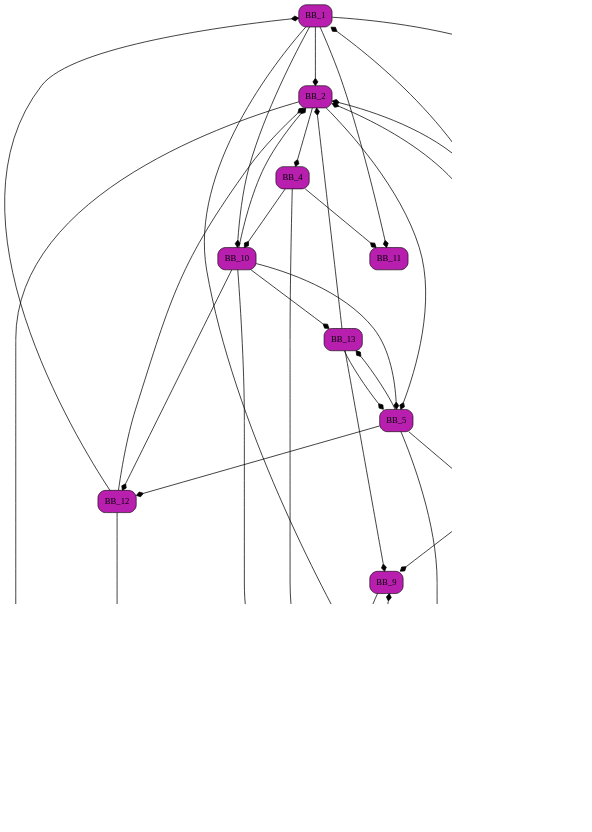
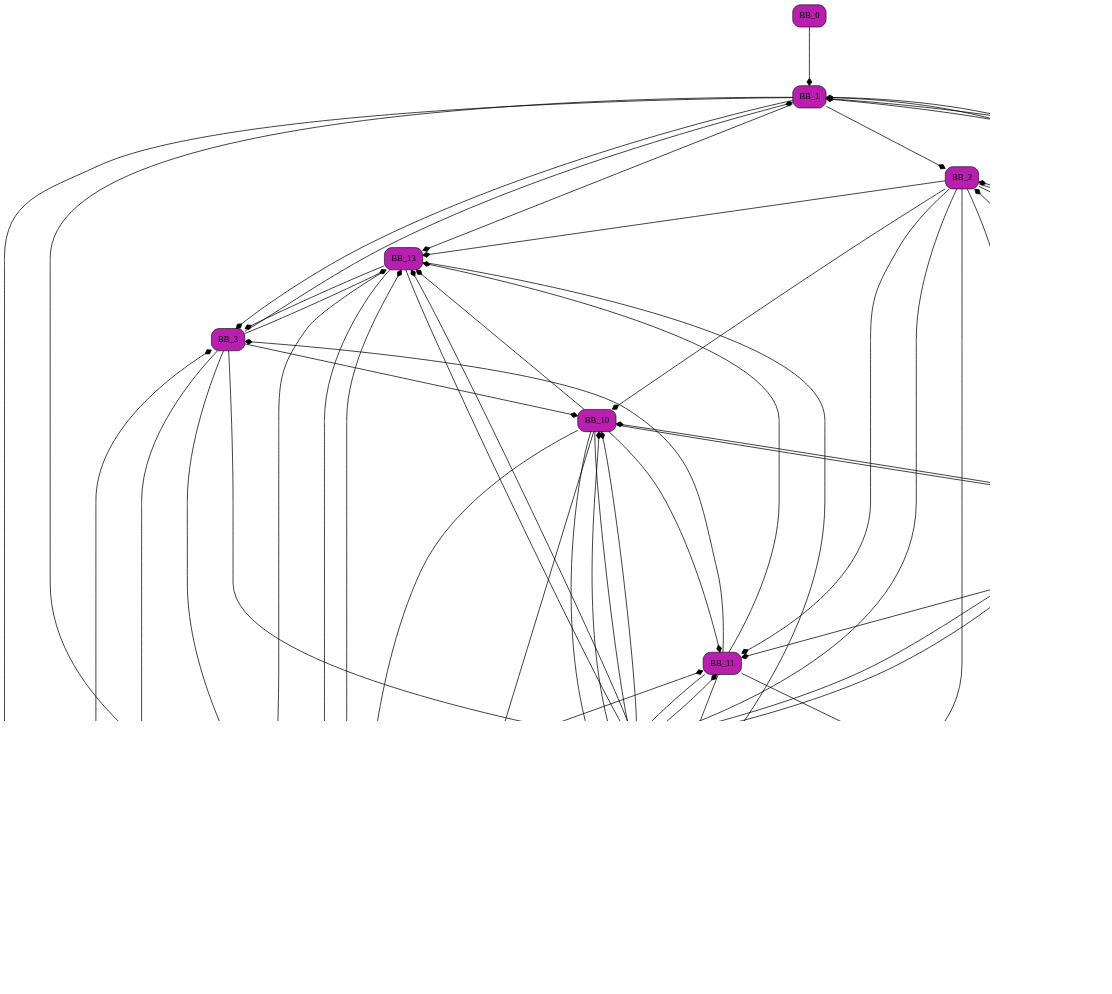
Before and after one commit to VictorBerbenets/dominance-frontiers: the diagram in data/images/kill-graph.dot, drawn with Graphviz. The commit also changed 15 other files, not shown here.

```diff
--- a/data/images/kill-graph.dot
+++ b/data/images/kill-graph.dot
@@ -1,60 +1,93 @@
 digraph List {
 	dpi = 100;
 	fontname = "Comic Sans MS";
 	fontsize = 20;
 	rankdir  = TB;
 graph [fillcolor = lightgreen, ranksep = 1.3, nodesep = 0.5,style = "rounded", color = green, penwidth = 2];
 edge [color = black, arrowhead = diamond, arrowsize = 1, penwidth = 1.2];
+BB_0[shape = Mrecord, style = filled,fillcolor = "#B91FAF"];
+BB_0 -> BB_1;
 BB_1[shape = Mrecord, style = filled,fillcolor = "#B91FAF"];
 BB_1 -> BB_2;
 BB_1 -> BB_3;
-BB_1 -> BB_10;
-BB_1 -> BB_11;
-BB_1 -> BB_8;
+BB_1 -> BB_4;
+BB_1 -> BB_5;
+BB_1 -> BB_6;
+BB_1 -> BB_13;
+BB_1 -> BB_14;
 BB_2[shape = Mrecord, style = filled,fillcolor = "#B91FAF"];
-BB_2 -> BB_4;
-BB_2 -> BB_5;
-BB_2 -> BB_6;
+BB_2 -> BB_7;
+BB_2 -> BB_8;
+BB_2 -> BB_9;
+BB_2 -> BB_10;
+BB_2 -> BB_11;
+BB_2 -> BB_12;
+BB_2 -> BB_13;
+BB_2 -> BB_14;
 BB_3[shape = Mrecord, style = filled,fillcolor = "#B91FAF"];
-BB_3 -> BB_7;
-BB_3 -> BB_8;
+BB_3 -> BB_5;
 BB_3 -> BB_9;
+BB_3 -> BB_14;
+BB_3 -> BB_10;
+BB_3 -> BB_13;
+BB_3 -> BB_1;
 BB_4[shape = Mrecord, style = filled,fillcolor = "#B91FAF"];
+BB_4 -> BB_6;
+BB_4 -> BB_14;
+BB_4 -> BB_12;
+BB_4 -> BB_1;
 BB_4 -> BB_10;
-BB_4 -> BB_11;
-BB_4 -> BB_7;
+BB_4 -> BB_2;
 BB_5[shape = Mrecord, style = filled,fillcolor = "#B91FAF"];
-BB_5 -> BB_12;
-BB_5 -> BB_13;
 BB_5 -> BB_14;
-BB_5 -> BB_15;
+BB_5 -> BB_8;
+BB_5 -> BB_11;
 BB_6[shape = Mrecord, style = filled,fillcolor = "#B91FAF"];
 BB_7[shape = Mrecord, style = filled,fillcolor = "#B91FAF"];
-BB_7 -> BB_3;
-BB_7 -> BB_6;
-BB_7 -> BB_15;
+BB_7 -> BB_10;
+BB_7 -> BB_9;
+BB_7 -> BB_12;
 BB_8[shape = Mrecord, style = filled,fillcolor = "#B91FAF"];
+BB_8 -> BB_14;
+BB_8 -> BB_3;
 BB_8 -> BB_2;
 BB_9[shape = Mrecord, style = filled,fillcolor = "#B91FAF"];
-BB_9 -> BB_3;
+BB_9 -> BB_11;
+BB_9 -> BB_12;
+BB_9 -> BB_8;
+BB_9 -> BB_5;
+BB_9 -> BB_10;
+BB_9 -> BB_7;
+BB_9 -> BB_6;
+BB_9 -> BB_13;
 BB_10[shape = Mrecord, style = filled,fillcolor = "#B91FAF"];
-BB_10 -> BB_5;
+BB_10 -> BB_13;
+BB_10 -> BB_9;
+BB_10 -> BB_11;
 BB_10 -> BB_7;
-BB_10 -> BB_12;
-BB_10 -> BB_2;
-BB_10 -> BB_13;
+BB_10 -> BB_14;
+BB_10 -> BB_8;
+BB_10 -> BB_4;
 BB_11[shape = Mrecord, style = filled,fillcolor = "#B91FAF"];
+BB_11 -> BB_7;
+BB_11 -> BB_3;
+BB_11 -> BB_6;
+BB_11 -> BB_9;
+BB_11 -> BB_13;
 BB_12[shape = Mrecord, style = filled,fillcolor = "#B91FAF"];
+BB_12 -> BB_1;
+BB_12 -> BB_11;
+BB_12 -> BB_9;
 BB_12 -> BB_6;
-BB_12 -> BB_2;
-BB_12 -> BB_1;
 BB_13[shape = Mrecord, style = filled,fillcolor = "#B91FAF"];
-BB_13 -> BB_2;
+BB_13 -> BB_14;
+BB_13 -> BB_7;
+BB_13 -> BB_3;
 BB_13 -> BB_5;
 BB_13 -> BB_9;
 BB_14[shape = Mrecord, style = filled,fillcolor = "#B91FAF"];
-BB_14 -> BB_2;
-BB_14 -> BB_1;
+BB_14 -> BB_5;
+BB_14 -> BB_13;
 BB_14 -> BB_9;
-BB_15[shape = Mrecord, style = filled,fillcolor = "#B91FAF"];
+BB_14 -> BB_8;
 }
```
